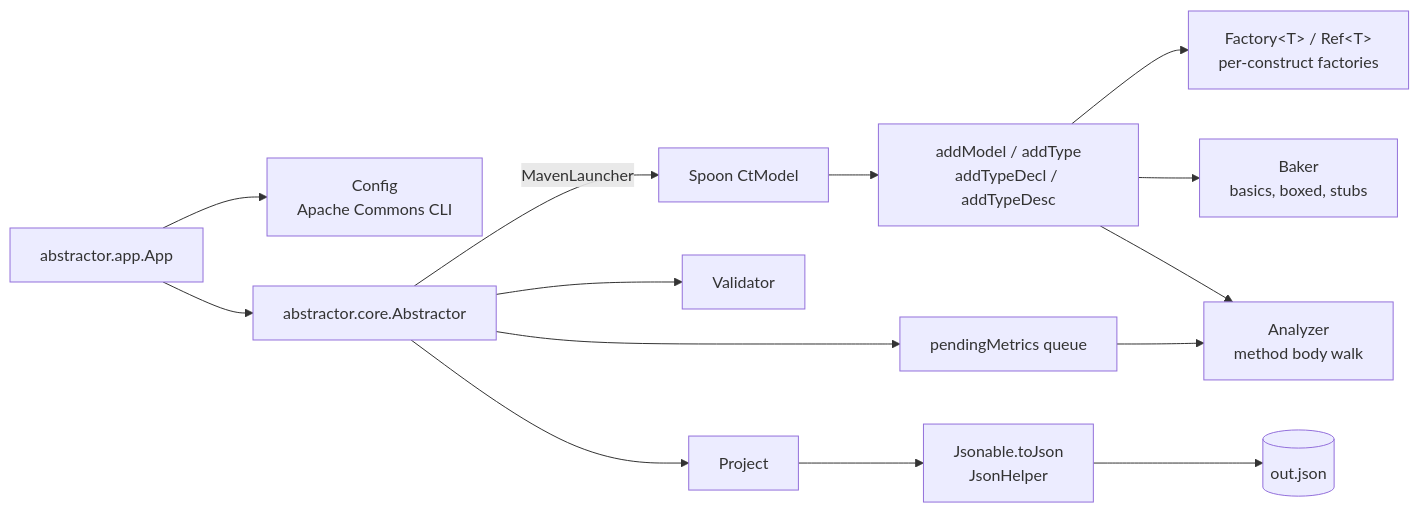
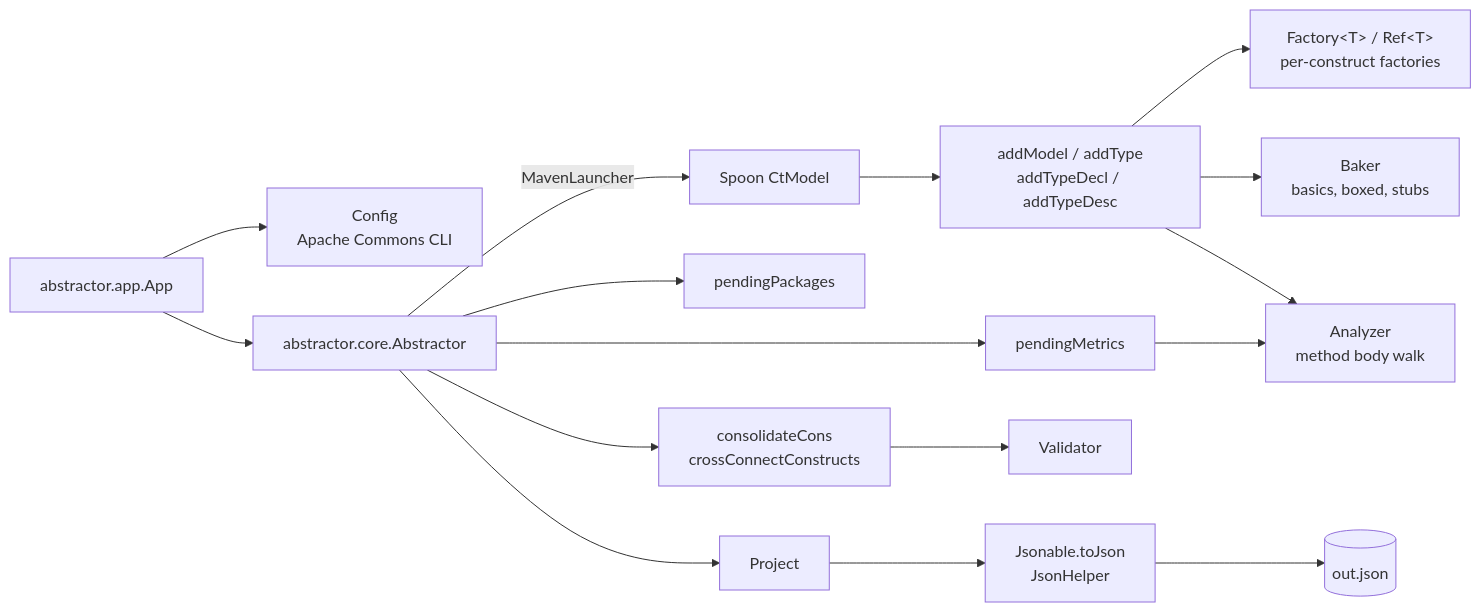
Before and after one commit to MSUSEL/msusel-tdmetrics-go: the third of 4 diagrams in .agents/summary/architecture.md, drawn with Mermaid. The commit also changed other lines of this file and 15 other files, not shown here.

````diff
--- a/.agents/summary/architecture.md
+++ b/.agents/summary/architecture.md
@@ -93,20 +93,22 @@
 ```mermaid
 flowchart LR
     App[abstractor.app.App] --> Cfg[Config<br/>Apache Commons CLI]
     App --> Ab[abstractor.core.Abstractor]
 
     Ab -->|MavenLauncher| Spoon[Spoon CtModel]
     Spoon --> Walk[addModel / addType<br/>addTypeDecl / addTypeDesc]
 
     Walk --> Factories[Factory&lt;T&gt; / Ref&lt;T&gt;<br/>per-construct factories]
     Walk --> Baker[Baker<br/>basics, boxed, stubs]
     Walk --> Analyzer[Analyzer<br/>method body walk]
 
-    Ab --> Pending[pendingMetrics queue]
-    Pending --> Analyzer
+    Ab --> PendingPkg[pendingPackages]
+    Ab --> PendingMet[pendingMetrics]
+    PendingMet --> Analyzer
 
-    Ab --> Validator[Validator]
+    Ab --> Finish[consolidateCons<br/>crossConnectConstructs]
+    Finish --> Validator[Validator]
     Ab --> Project[Project]
     Project --> Json[Jsonable.toJson<br/>JsonHelper]
     Json --> Out[(out.json)]
 ```
````
